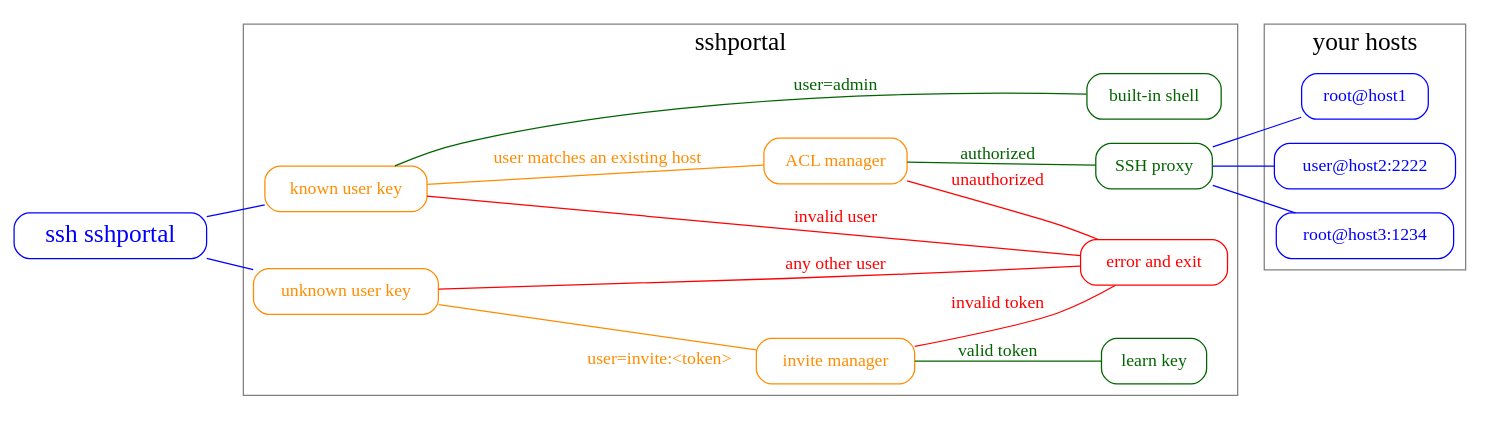
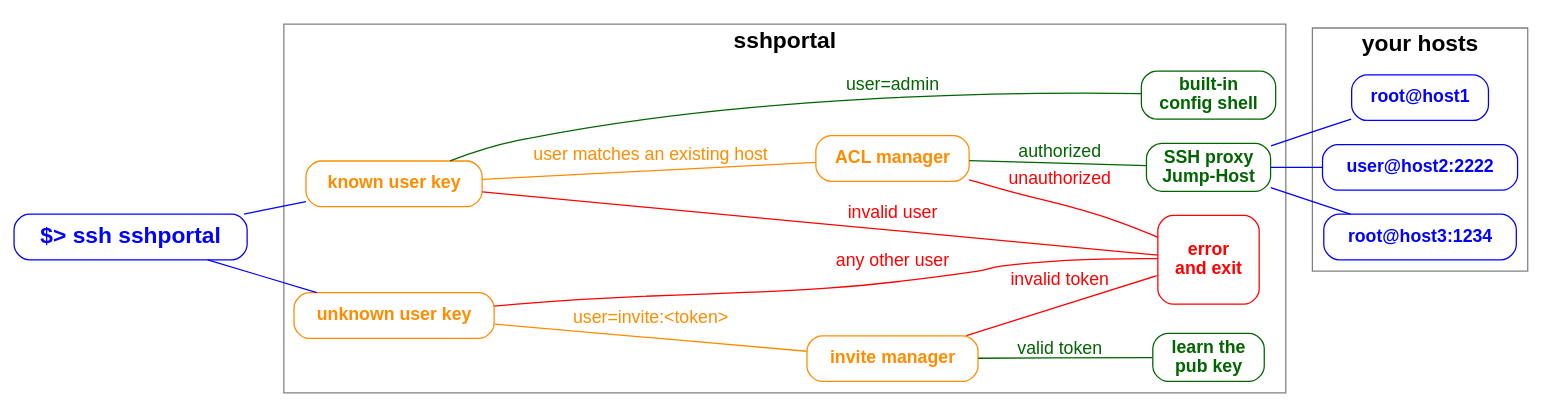
Before and after one commit to moul/sshportal: the diagram in .assets/flow-diagram.dot, drawn with Graphviz. The commit also changed 6 other files, not shown here.

Commit message:
chore: update flow diagram + add png outputs

```diff
--- a/.assets/flow-diagram.dot
+++ b/.assets/flow-diagram.dot
@@ -1,66 +1,65 @@
 digraph {
-    rankdir=LR;
-    layout=dot;
-    node[shape=record;style=rounded];
-    edge[arrowhead=none];
+    node[shape=record;style=rounded;fontname="helvetica-bold"];
+    graph[layout=dot;rankdir=LR;overlap=prism;splines=true;fontname="helvetica-bold"];
+    edge[arrowhead=none;fontname="helvetica"];
 
-    start[label="ssh sshportal";color=blue;fontcolor=blue;fontsize=20];
+    start[label="\$\> ssh sshportal";color=blue;fontcolor=blue;fontsize=18];
 
     subgraph cluster_sshportal {
-        graph[fontsize=20;color=gray;fontcolor=black];
+        graph[fontsize=18;color=gray;fontcolor=black];
         label="sshportal";
         {
             node[color=darkorange;fontcolor=darkorange];
             known_user_key[label="known user key"];
             unknown_user_key[label="unknown user key"];
             invite_manager[label="invite manager"];
             acl_manager[label="ACL manager"];
         }
         {
             node[color=darkgreen;fontcolor=darkgreen];
-            builtin_shell[label="built-in shell"];
-            ssh_proxy[label="SSH proxy"];
-            learn_key[label="learn key"];
+            builtin_shell[label="built-in\nconfig shell"];
+            ssh_proxy[label="SSH proxy\nJump-Host"];
+            learn_key[label="learn the\npub key"];
         }
-        err_and_exit[label="error and exit";color=red;fontcolor=red];
+        err_and_exit[label="\nerror\nand exit\n\n";color=red;fontcolor=red];
         { rank=same; ssh_proxy; builtin_shell; learn_key; err_and_exit; }
         { rank=same; known_user_key; unknown_user_key; }
     }
 
     subgraph cluster_hosts {
         label="your hosts";
-        graph[fontsize=20;color=gray;fontcolor=black];
+        graph[fontsize=18;color=gray;fontcolor=black];
         node[color=blue;fontcolor=blue];
 
         host_1[label="root@host1"];
         host_2[label="user@host2:2222"];
         host_3[label="root@host3:1234"];
     }
 
     {
         edge[color=blue];
         start -> known_user_key;
         start -> unknown_user_key;
         ssh_proxy -> host_1;
         ssh_proxy -> host_2;
         ssh_proxy -> host_3;
     }
     {
         edge[color=darkgreen;fontcolor=darkgreen];
         known_user_key -> builtin_shell[label="user=admin"];
         acl_manager -> ssh_proxy[label="authorized"];
         invite_manager -> learn_key[label="valid token"];
     }
     {
         edge[color=darkorange;fontcolor=darkorange];
         known_user_key -> acl_manager[label="user matches an existing host"];
-        unknown_user_key -> invite_manager[headlabel="user=invite:<token>"];
+        unknown_user_key -> invite_manager[label="user=invite:<token>";labelloc=b];
     }
     {
         edge[color=red;fontcolor=red];
         known_user_key -> err_and_exit[label="invalid user"];
         acl_manager -> err_and_exit[label="unauthorized"];
-        unknown_user_key -> err_and_exit[label="any other user"];
-        invite_manager -> err_and_exit[label="invalid token"];
+        unknown_user_key -> err_and_exit[label="any other user";constraint=false];
+        invite_manager -> err_and_exit[label="invalid token";constraint=false];
     }
 }
```
